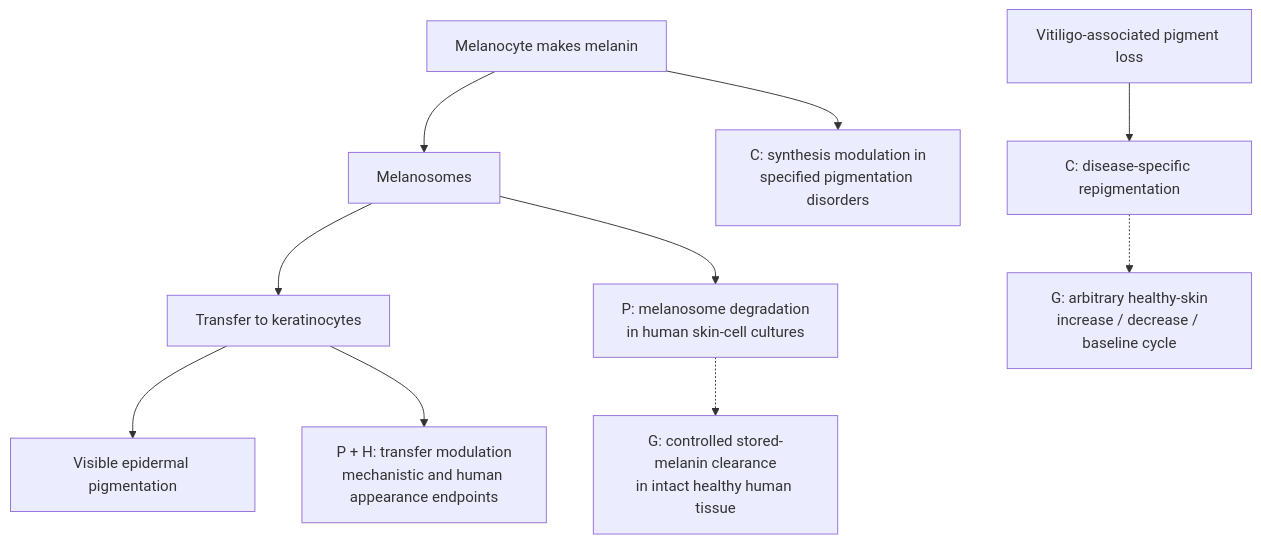
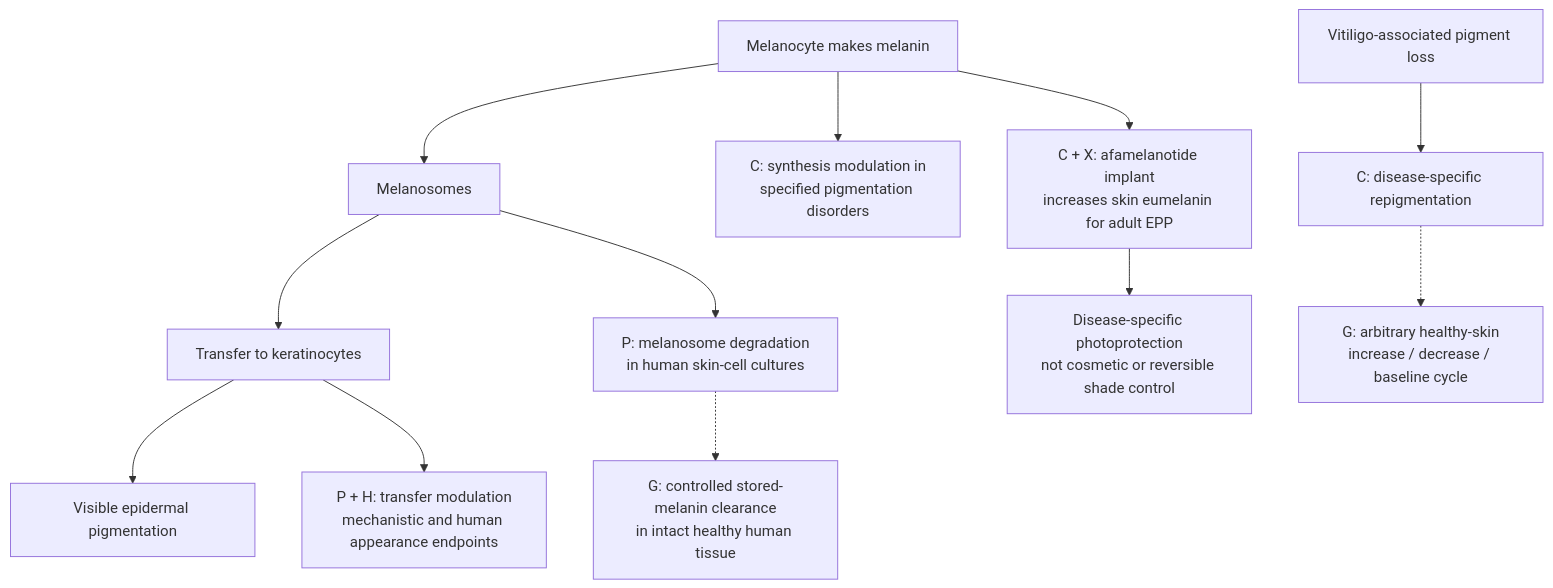
The sixth of 16 diagrams in research/tissue-pigment-atlas.md (dylanstechmann/iris-color-without-contacts), drawn with Mermaid before and after one commit. The commit also changed other lines of this file, not shown here.

Commit message:
Add approved EPP skin-pigmentation comparator

````diff
--- a/research/tissue-pigment-atlas.md
+++ b/research/tissue-pigment-atlas.md
@@ -143,12 +143,14 @@
 ```mermaid
 flowchart TD
     M["Melanocyte makes melanin"] --> O["Melanosomes"]
     O --> K["Transfer to keratinocytes"]
     K --> V["Visible epidermal pigmentation"]
     M --> C["C: synthesis modulation in<br/>specified pigmentation disorders"]
+    M --> E["C + X: afamelanotide implant<br/>increases skin eumelanin for adult EPP"]
+    E --> E2["Disease-specific photoprotection<br/>not cosmetic or reversible shade control"]
     K --> T["P + H: transfer modulation<br/>mechanistic and human appearance endpoints"]
     O --> P["P: melanosome degradation<br/>in human skin-cell cultures"]
     P -.-> R["G: controlled stored-melanin clearance<br/>in intact healthy human tissue"]
     D["Vitiligo-associated pigment loss"] --> I["C: disease-specific repigmentation"]
     I -.-> W["G: arbitrary healthy-skin<br/>increase / decrease / baseline cycle"]
 ```
````
